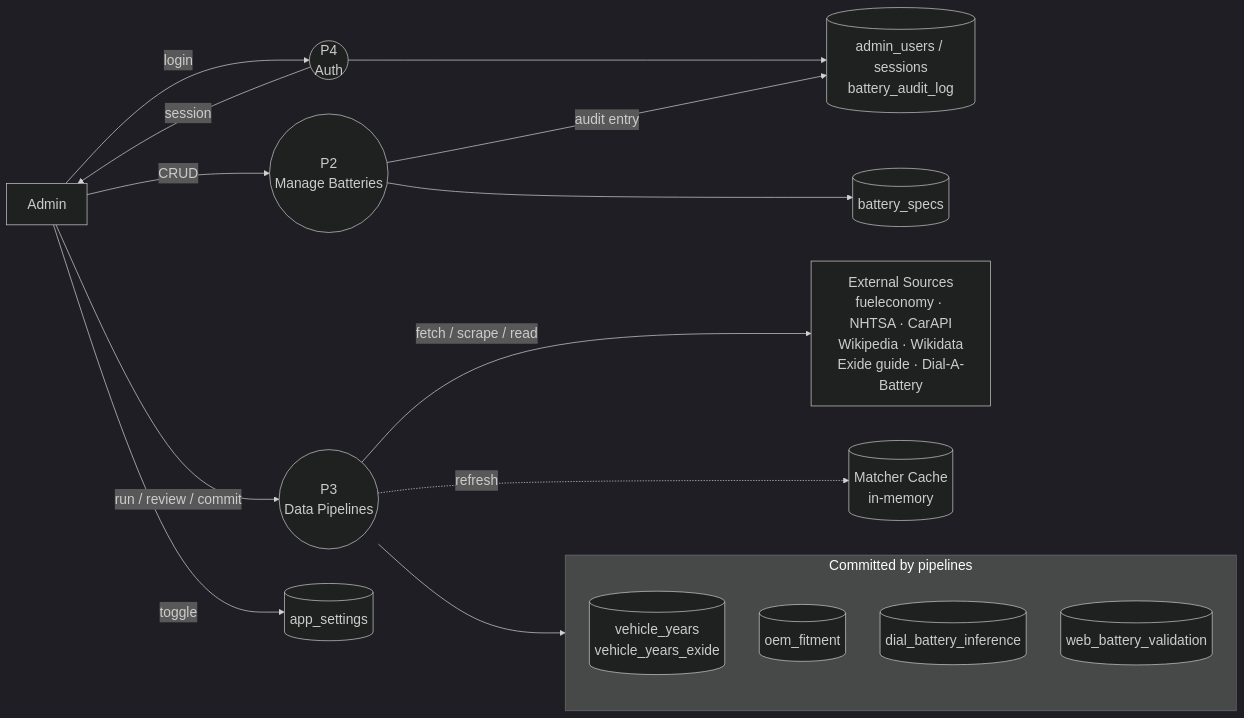
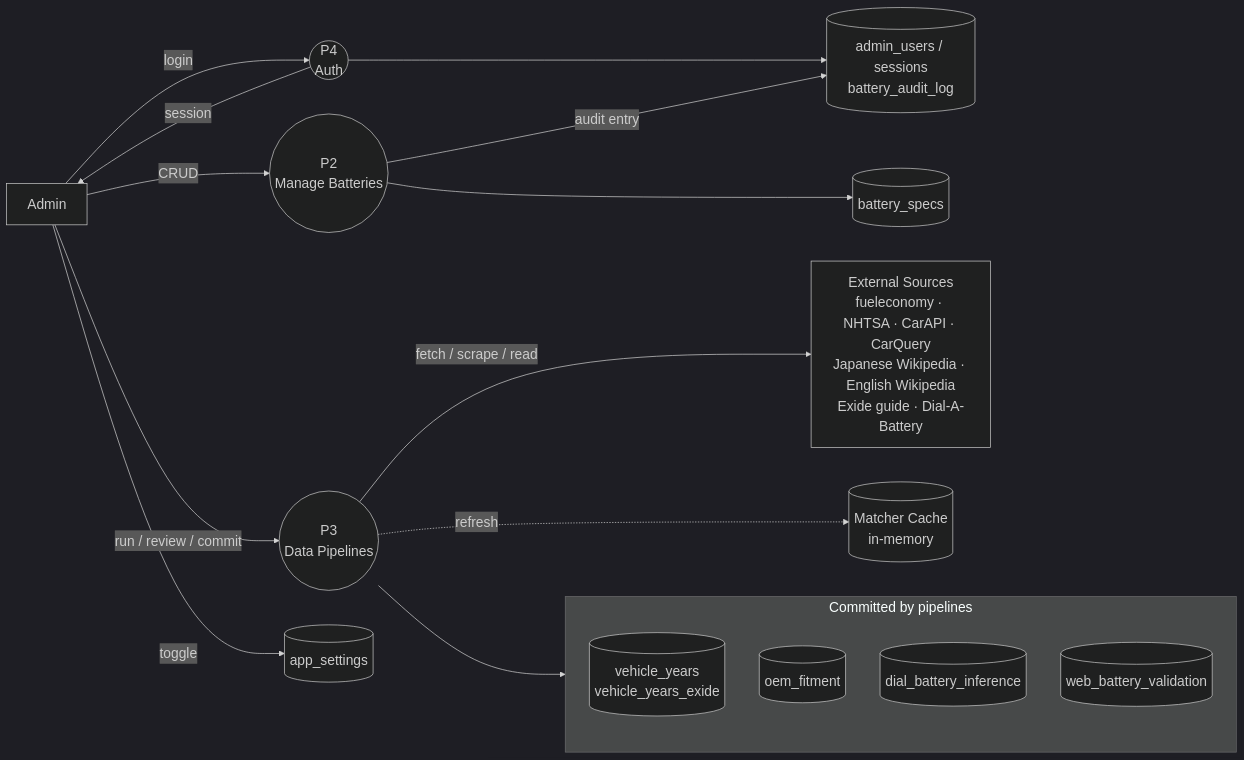
The second of 11 diagrams in README.md (em-brandon/Chloride-Exide-KE-Battery-Finder-Web-App), drawn with Mermaid before and after one commit. The commit also changed other lines of this file, not shown here.

````diff
--- a/README.md
+++ b/README.md
@@ -134,24 +137,24 @@
 ```mermaid
 %%{init: {'theme': 'dark', 'themeVariables': {'fontSize': '20px'}, 'flowchart': {'nodeSpacing': 50, 'rankSpacing': 80, 'curve': 'basis'}}}%%
 flowchart LR
     AD["Admin"] -- "login" --> P4(("P4<br/>Auth")) -- "session" --> AD
     P4 --> DS9[("admin_users / sessions<br/>battery_audit_log")]
 
     AD -- "CRUD" --> P2(("P2<br/>Manage Batteries"))
     P2 --> DS2[("battery_specs")]
     P2 -- "audit entry" --> DS9
 
     AD -- "run / review / commit" --> P3(("P3<br/>Data Pipelines"))
-    P3 -- "fetch / scrape / read" --> EXT["External Sources<br/>fueleconomy · NHTSA · CarAPI<br/>Wikipedia · Wikidata<br/>Exide guide · Dial-A-Battery"]
+    P3 -- "fetch / scrape / read" --> EXT["External Sources<br/>fueleconomy · NHTSA · CarAPI · CarQuery<br/>Japanese Wikipedia · English Wikipedia<br/>Exide guide · Dial-A-Battery"]
     P3 --> WRITES
     P3 -. "refresh" .-> CACHE[("Matcher Cache<br/>in-memory")]
     AD -- "toggle" --> DS10[("app_settings")]
 
     subgraph WRITES["Committed by pipelines"]
         direction TB
         DS1[("vehicle_years<br/>vehicle_years_exide")]
         DS4[("oem_fitment")]
         DS5[("dial_battery_inference")]
         DS6[("web_battery_validation")]
     end
 ```
````
